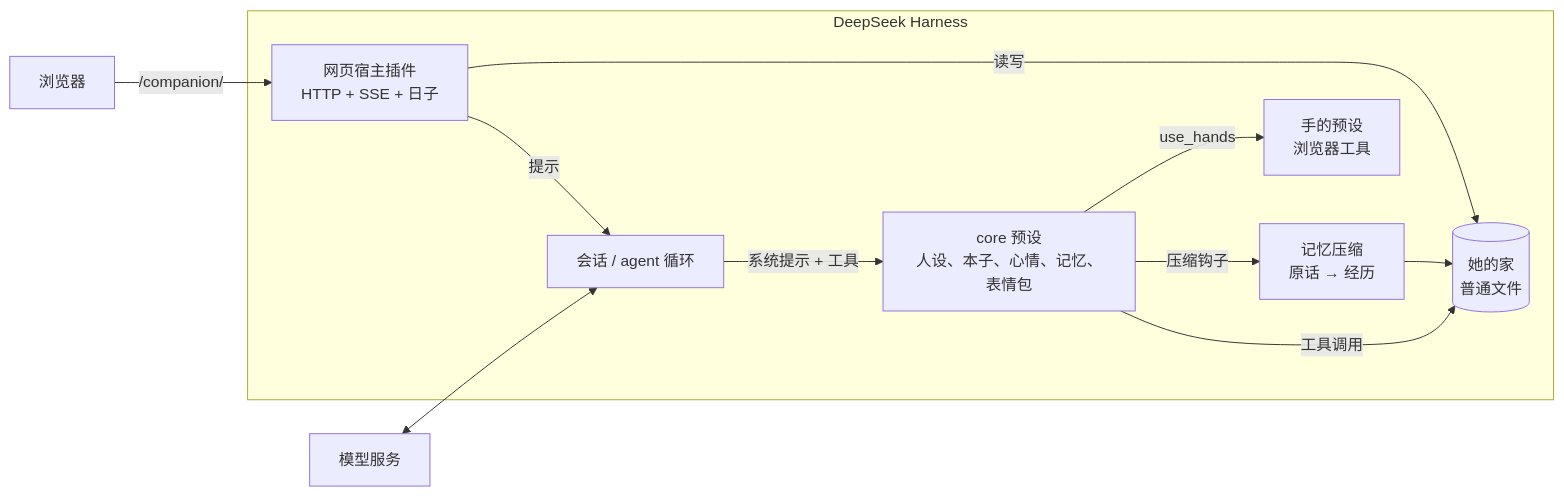
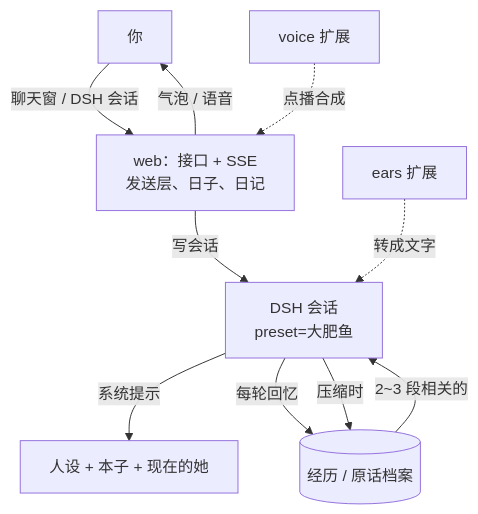
One commit to YYYu00u/dsh-companion changed the diagram in README.zh-CN.md. Above: the diagram before and after it, drawn with Mermaid. The commit also changed other lines of this file and 1 other file, not shown here.

````diff
--- a/README.zh-CN.md
+++ b/README.zh-CN.md
@@ -155,14 +68,12 @@
 ```mermaid
-flowchart LR
-  subgraph DSH[DeepSeek Harness]
-    S[会话 / agent 循环] -->|系统提示 + 工具| C
-    C[core 预设<br/>人设、本子、心情、记忆、表情包] -->|工具调用| F[(她的家<br/>普通文件)]
-    W[网页宿主插件<br/>HTTP + SSE + 日子] -->|提示| S
-    W -->|读写| F
-    C -->|压缩钩子| M[记忆压缩<br/>原话 → 经历]
-    M --> F
-    C -->|use_hands| H[手的预设<br/>浏览器工具]
-  end
-  U[浏览器] -->|/companion/| W
-  P[模型服务] <--> S
+flowchart TB
+  U[你] -->|聊天窗 / DSH 会话| W[web：接口 + SSE<br/>发送层、日子、日记]
+  W -->|写会话| S[DSH 会话<br/>preset=大肥鱼]
+  S -->|系统提示| P[人设 + 本子 + 现在的她]
+  S -->|每轮回忆| M[(经历 / 原话档案)]
+  S -->|压缩时| M
+  M -->|2~3 段相关的| S
+  W -->|气泡 / 语音| U
+  V[voice 扩展] -.->|点播合成| W
+  E[ears 扩展] -.->|转成文字| S
 ```
````
